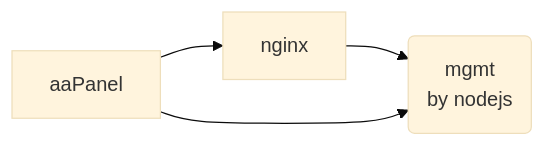
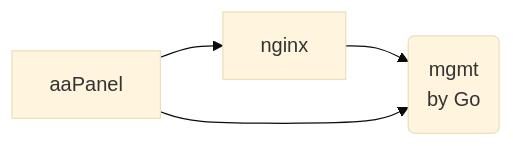
Before and after one commit to ossrs/oryx: the second of 2 diagrams in README.md, drawn with Mermaid (base theme). The commit also changed other lines of this file, not shown here.

````diff
--- a/README.md
+++ b/README.md
@@ -95,6 +95,6 @@
 ```mermaid
 flowchart LR;
-  nginx --> mgmt(mgmt<br/>by nodejs);
+  nginx --> mgmt(mgmt<br/>by Go);
   aaPanel --> mgmt;
   aaPanel --> nginx;
 ```
````
